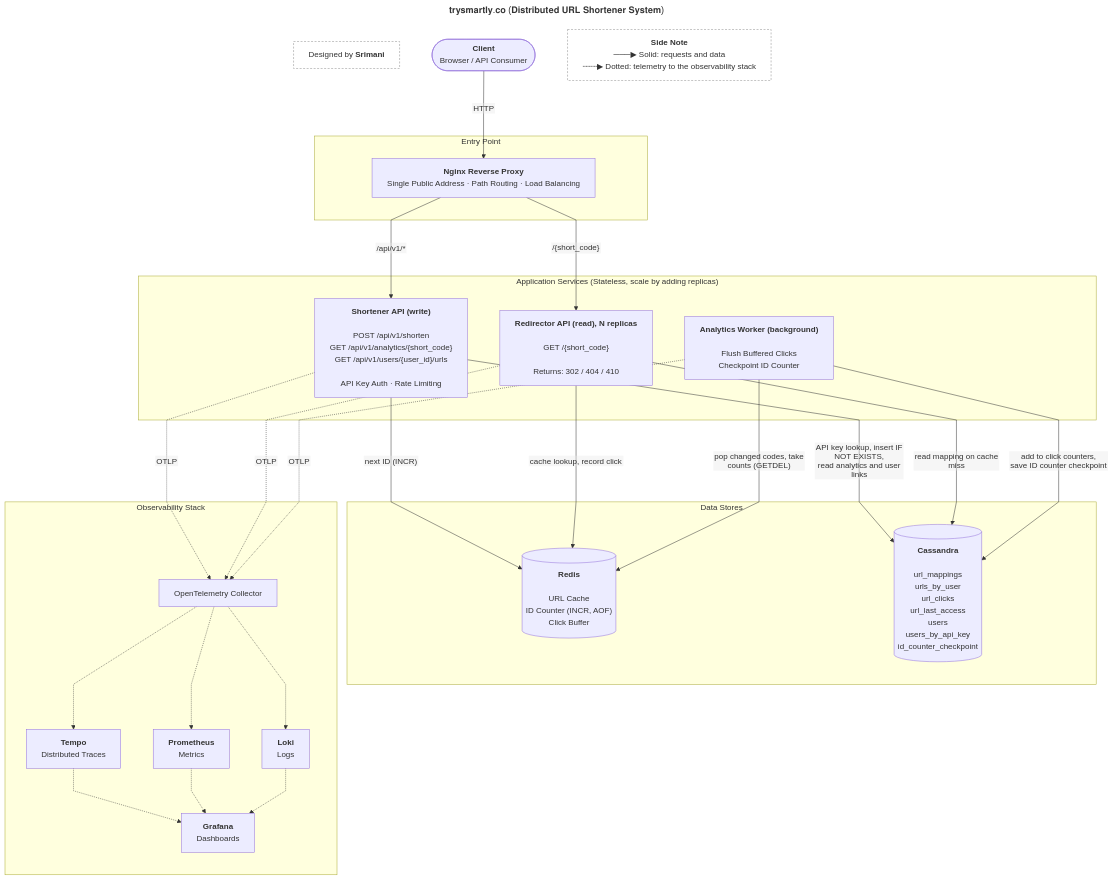
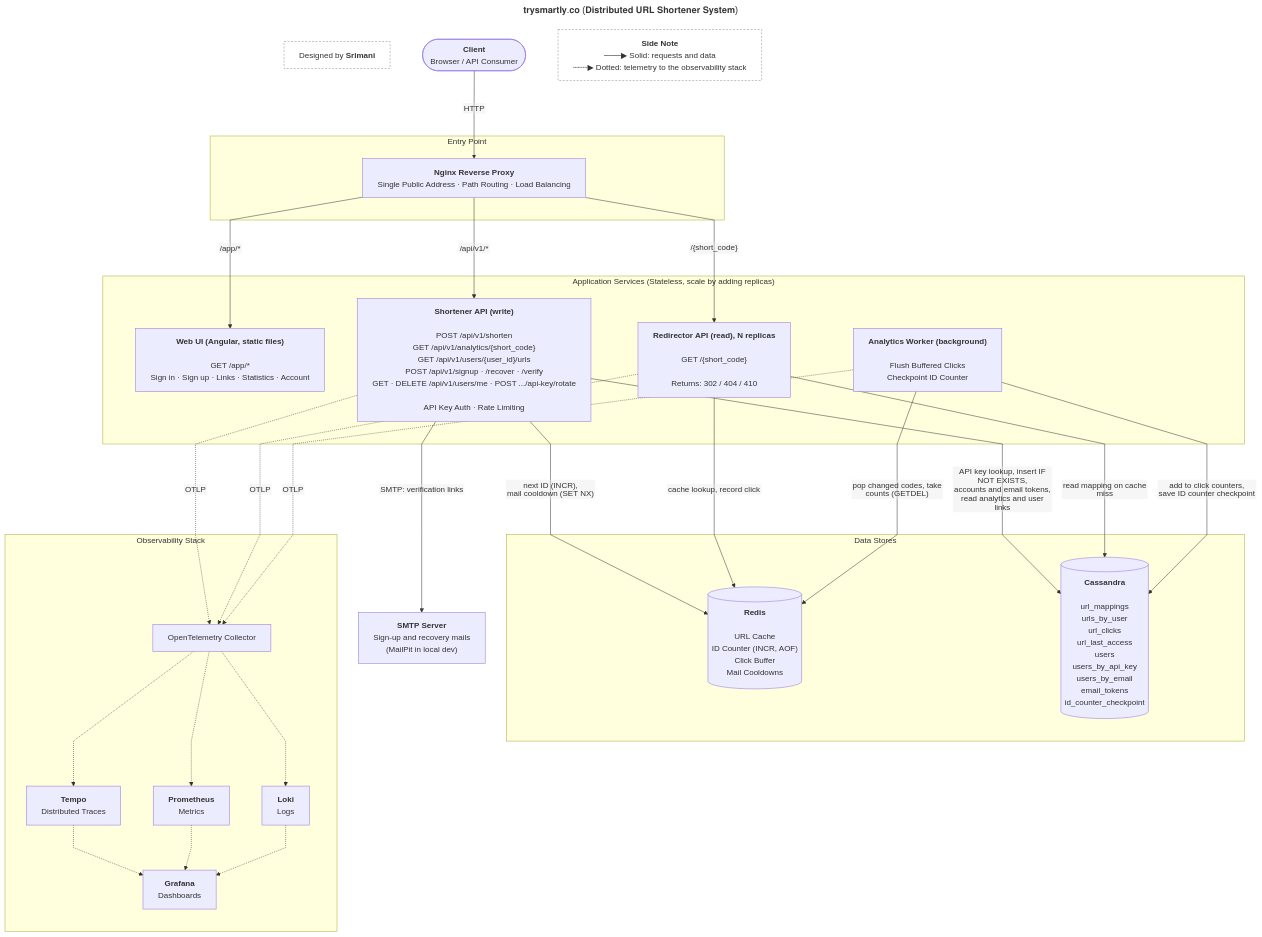
One commit to srimani-ravikumar/url-shortener-service changed the diagram in docs/02-design/architecture.md. Above: the diagram before and after it, drawn with Mermaid. The commit also changed other lines of this file and 11 other files, not shown here.

````diff
--- a/docs/02-design/architecture.md
+++ b/docs/02-design/architecture.md
@@ -5,73 +5,79 @@
 ```mermaid
 ---
 title: 𝐭𝐫𝐲𝐬𝐦𝐚𝐫𝐭𝐥𝐲.𝐜𝐨 (𝐃𝐢𝐬𝐭𝐫𝐢𝐛𝐮𝐭𝐞𝐝 𝐔𝐑𝐋 𝐒𝐡𝐨𝐫𝐭𝐞𝐧𝐞𝐫 𝐒𝐲𝐬𝐭𝐞𝐦)
 config:
   flowchart:
     htmlLabels: false
     curve: linear
     nodeSpacing: 65
     rankSpacing: 90
     wrappingWidth: 450
 ---
 flowchart TB
     %% Unlinked nodes go on the top row in declaration order, so the author comes first (left)
     author["Designed by <b>Srimani</b>"]:::author
     client(["<b>Client</b><br/>Browser / API Consumer"])
 
     legend["<b>Side Note</b><br/>───▶  Solid: requests and data<br/>┄┄┄▶  Dotted: telemetry to the observability stack"]:::legend
 
     subgraph edge["Entry Point"]
         nginx["<b>Nginx Reverse Proxy</b><br/>Single Public Address · Path Routing · Load Balancing"]
     end
 
     subgraph app["Application Services (Stateless, scale by adding replicas)"]
-        shortener["<b>Shortener API (write)</b><br/><br/>POST /api/v1/shorten<br/>GET /api/v1/analytics/{short_code}<br/>GET /api/v1/users/{user_id}/urls<br/><br/>API Key Auth · Rate Limiting"]
+        web["<b>Web UI (Angular, static files)</b><br/><br/>GET /app/*<br/>Sign in · Sign up · Links · Statistics · Account"]
+
+        shortener["<b>Shortener API (write)</b><br/><br/>POST /api/v1/shorten<br/>GET /api/v1/analytics/{short_code}<br/>GET /api/v1/users/{user_id}/urls<br/>POST /api/v1/signup · /recover · /verify<br/>GET · DELETE /api/v1/users/me · POST .../api-key/rotate<br/><br/>API Key Auth · Rate Limiting"]
 
         redirector["<b>Redirector API (read), N replicas</b><br/><br/>GET /{short_code}<br/><br/>Returns: 302 / 404 / 410"]
 
         worker["<b>Analytics Worker (background)</b><br/><br/>Flush Buffered Clicks<br/>Checkpoint ID Counter"]
     end
 
     subgraph data["Data Stores"]
-        redis[("<b>Redis</b><br/><br/>URL Cache<br/>ID Counter (INCR, AOF)<br/>Click Buffer")]
+        redis[("<b>Redis</b><br/><br/>URL Cache<br/>ID Counter (INCR, AOF)<br/>Click Buffer<br/>Mail Cooldowns")]
 
-        cassandra[("<b>Cassandra</b><br/><br/>url_mappings <br/>urls_by_user<br/>url_clicks <br/> url_last_access<br/>users <br/> users_by_api_key<br/>id_counter_checkpoint")]
+        cassandra[("<b>Cassandra</b><br/><br/>url_mappings <br/>urls_by_user<br/>url_clicks <br/> url_last_access<br/>users <br/> users_by_api_key <br/> users_by_email <br/> email_tokens<br/>id_counter_checkpoint")]
     end
+
+    smtp["<b>SMTP Server</b><br/>Sign-up and recovery mails<br/>(MailPit in local dev)"]
 
     subgraph obs["Observability Stack"]
         otel["OpenTelemetry Collector"]
         tempo["<b>Tempo</b><br/>Distributed Traces"]
         prom["<b>Prometheus</b><br/>Metrics"]
         loki["<b>Loki</b><br/>Logs"]
         grafana["<b>Grafana</b><br/>Dashboards"]
     end
 
     client -->|"HTTP"| nginx
 
+    nginx -->|"/app/*"| web
     nginx -->|"/api/v1/*"| shortener
     nginx -->|"/{short_code}"| redirector
 
-    shortener -->|"next ID (INCR)"| redis
-    shortener -->|"API key lookup, insert IF NOT EXISTS,<br/>read analytics and user links"| cassandra
+    shortener -->|"next ID (INCR),<br/>mail cooldown (SET NX)"| redis
+    shortener -->|"API key lookup, insert IF NOT EXISTS,<br/>accounts and email tokens,<br/>read analytics and user links"| cassandra
+    shortener -->|"SMTP: verification links"| smtp
 
     redirector -->|"cache lookup, record click"| redis
     redirector -->|"read mapping on cache miss"| cassandra
 
     worker -->|"pop changed codes, take counts (GETDEL)"| redis
     worker -->|"add to click counters,<br/>save ID counter checkpoint"| cassandra
 
     shortener -.->|"OTLP"| otel
     redirector -.->|"OTLP"| otel
     worker -.->|"OTLP"| otel
 
     otel -.-> tempo
     otel -.-> prom
     otel -.-> loki
 
     tempo -.-> grafana
     prom -.-> grafana
     loki -.-> grafana
 
     classDef legend fill:#fff,stroke:#888,stroke-dasharray:4 3
     classDef author fill:#fff,stroke:#888,color:#333,stroke-dasharray:4 3
 ```
````
